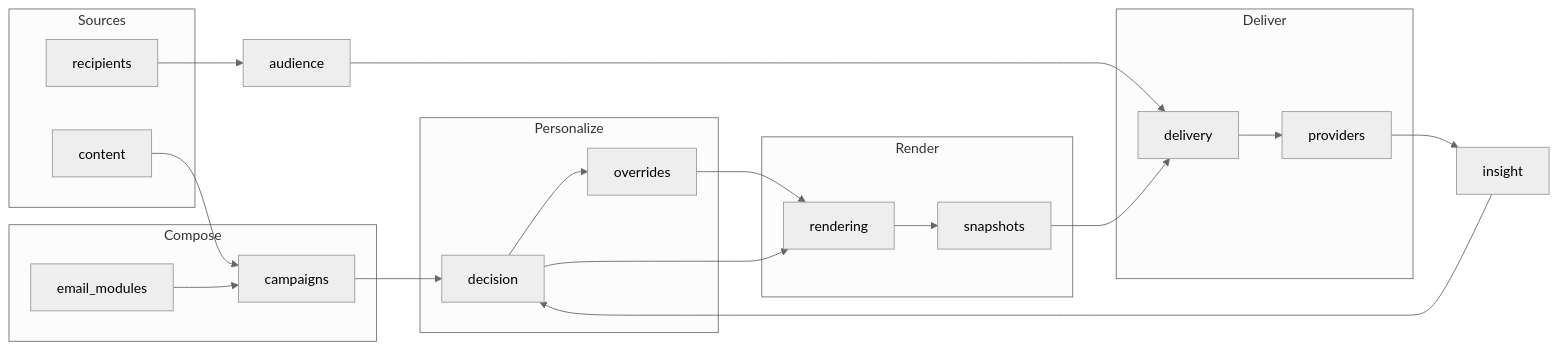
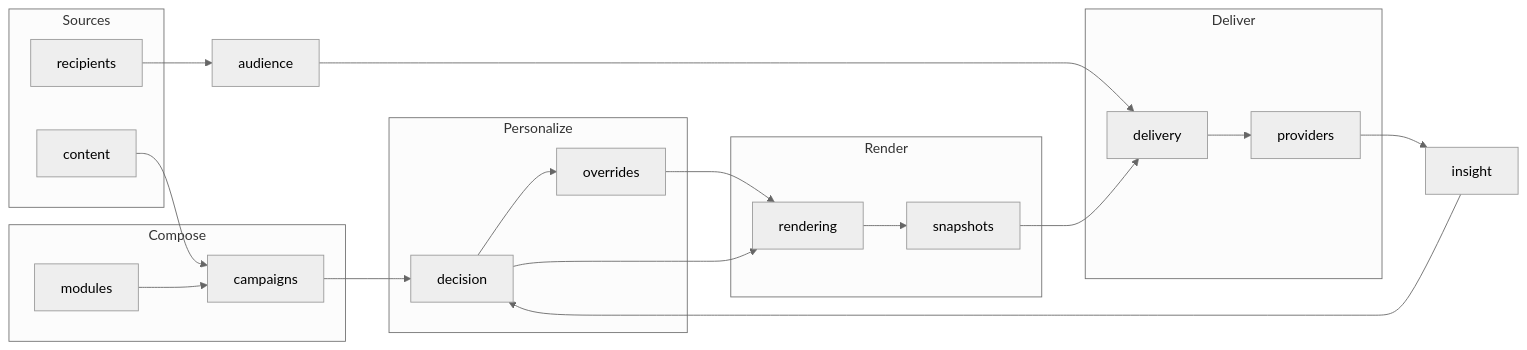
The diagram in docs/architecture/Code/MOC - System Overview.md (drmsGit/newsletter-reference-implementation), drawn with Mermaid (neutral theme) before and after one commit. The commit also changed other lines of this file and 9 other files, not shown here.

First line of the commit message:
docs: retire the email_modules name, and delete its leftover bytecode

````diff
--- a/docs/architecture/Code/MOC - System Overview.md
+++ b/docs/architecture/Code/MOC - System Overview.md
@@ -49,39 +49,39 @@
 ```mermaid
 graph LR
   subgraph Sources
     CONTENT[content]
     RECIP[recipients]
   end
   subgraph Compose
     CAMP[campaigns]
-    MODREG[email_modules]
+    MODREG[modules]
   end
   subgraph Personalize
     DEC[decision]
     OVR[overrides]
   end
   AUD[audience]
   subgraph Render
     REND[rendering]
     SNAP[snapshots]
   end
   subgraph Deliver
     DEL[delivery]
     PROV[providers]
   end
   INS[insight]
 
   CONTENT --> CAMP
   MODREG --> CAMP
   CAMP --> DEC
   DEC --> OVR
   RECIP --> AUD
   AUD --> DEL
   OVR --> REND
   DEC --> REND
   REND --> SNAP
   SNAP --> DEL
   DEL --> PROV
   PROV --> INS
   INS --> DEC
 ```
````
